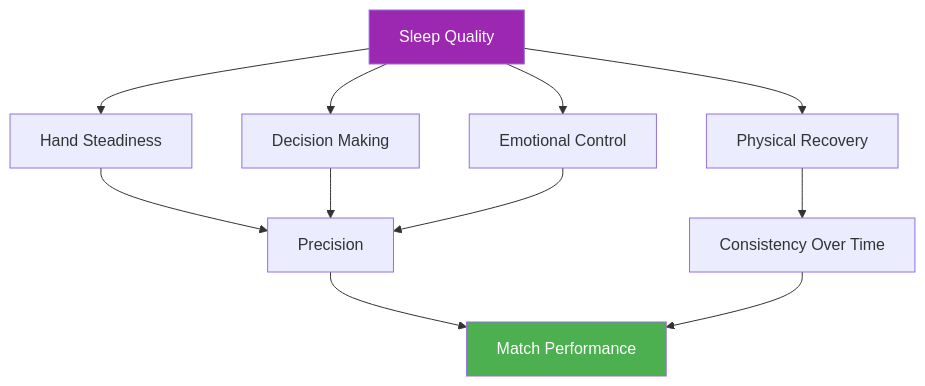
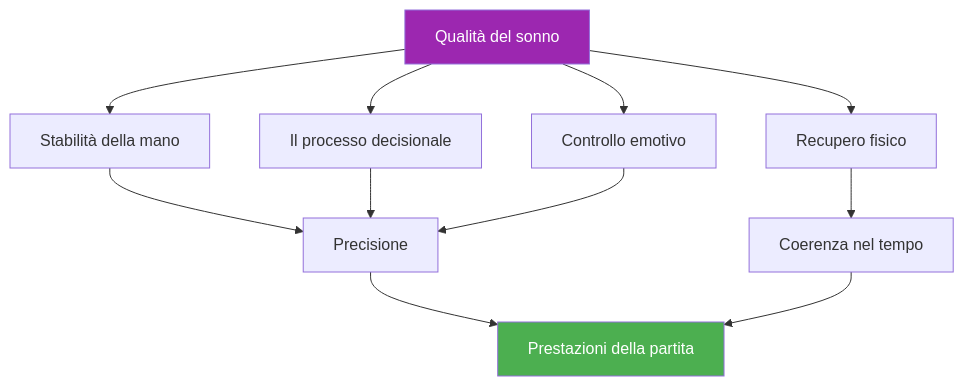
The diagram in docs/it/education/sleep/index.md (patwii/petanque-academy), drawn with Mermaid before and after one commit. The commit also changed other lines of this file and 550 other files, not shown here.

````diff
--- a/docs/it/education/sleep/index.md
+++ b/docs/it/education/sleep/index.md
@@ -70,18 +70,18 @@
 ```mermaid
 flowchart TD
-    A[Sleep Quality] --> B[Hand Steadiness]
-    A --> C[Decision Making]
-    A --> D[Emotional Control]
-    A --> E[Physical Recovery]
+    A[Qualità del sonno] --> B[Stabilità della mano]
+    A --> C[Il processo decisionale]
+    A --> D[Controllo emotivo]
+    A --> E[Recupero fisico]
 
-    B --> F[Precision]
+    B --> F[Precisione]
     C --> F
     D --> F
-    E --> G[Consistency Over Time]
+    E --> G[Coerenza nel tempo]
 
-    F --> H[Match Performance]
+    F --> H[Prestazioni della partita]
     G --> H
 
     style A fill:#9C27B0,color:#fff
     style H fill:#4CAF50,color:#fff
 ```
````
